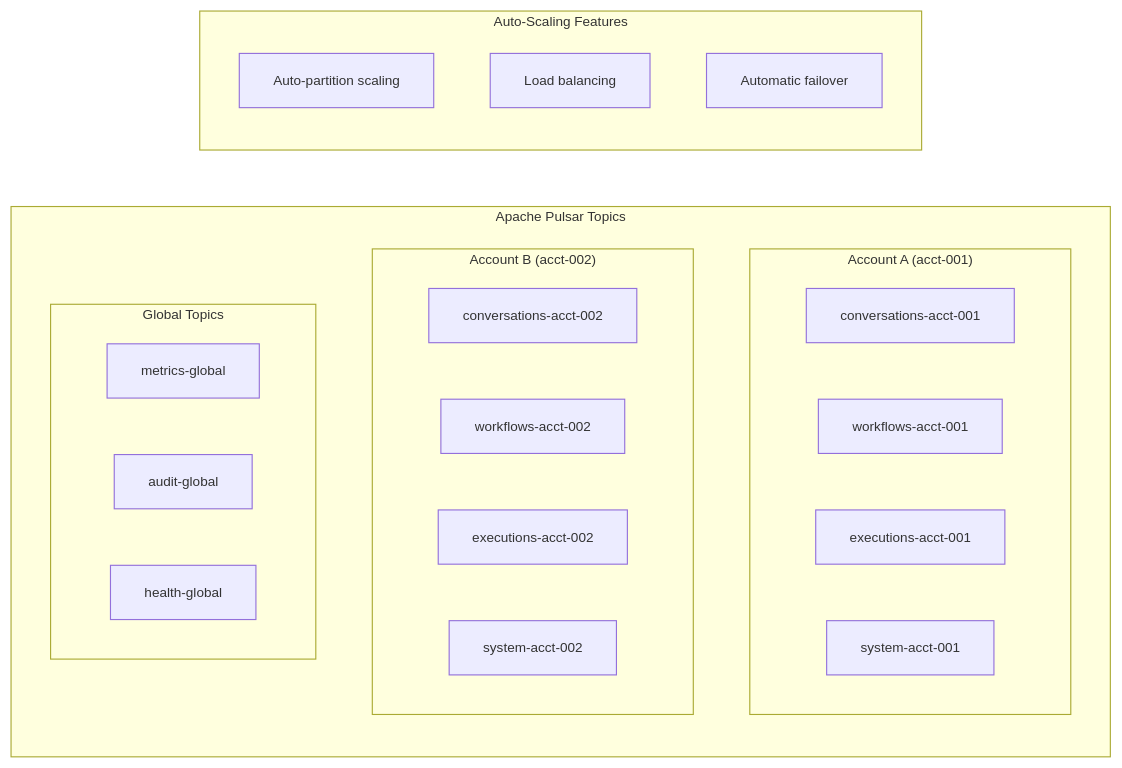
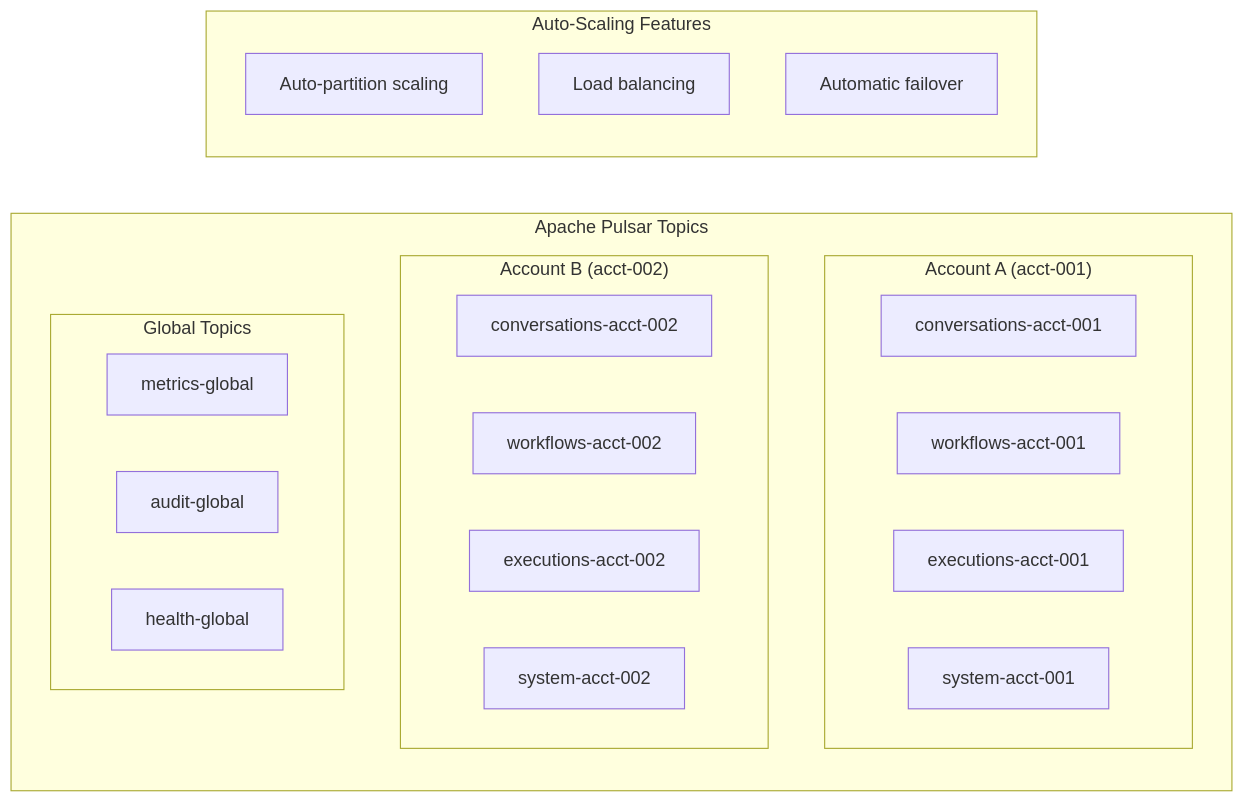
The diagram in diagrams/ai-agent-platform-multitenant-events.mmd (ondemandenv/ondemandenv.github.io), drawn with Mermaid before and after one commit. The commit also changed 5 other files, not shown here.

```diff
--- a/diagrams/ai-agent-platform-multitenant-events.mmd
+++ b/diagrams/ai-agent-platform-multitenant-events.mmd
@@ -1,29 +1,28 @@
-%%{init: {'theme':'default', 'themeVariables': {'fontSize': '12px', 'fontFamily': 'arial', 'primaryColor': '#ff6b6b', 'primaryTextColor': '#333', 'primaryBorderColor': '#ff6b6b', 'lineColor': '#333', 'secondaryColor': '#4ecdc4', 'tertiaryColor': '#45b7d1'}}}%%
-graph LR
+flowchart LR
     subgraph "Apache Pulsar Topics"
         subgraph "Account A (acct-001)"
             A_CONV[conversations-acct-001]
             A_WF[workflows-acct-001]  
             A_EXEC[executions-acct-001]
             A_SYS[system-acct-001]
         end
         
         subgraph "Account B (acct-002)"
             B_CONV[conversations-acct-002]
             B_WF[workflows-acct-002]
             B_EXEC[executions-acct-002] 
             B_SYS[system-acct-002]
         end
         
         subgraph "Global Topics"
             METRICS[metrics-global]
             AUDIT[audit-global]
             HEALTH[health-global]
         end
     end
     
     subgraph "Auto-Scaling Features"
         AUTO[Auto-partition scaling]
         BALANCE[Load balancing]
         FAILOVER[Automatic failover]
     end 
```
